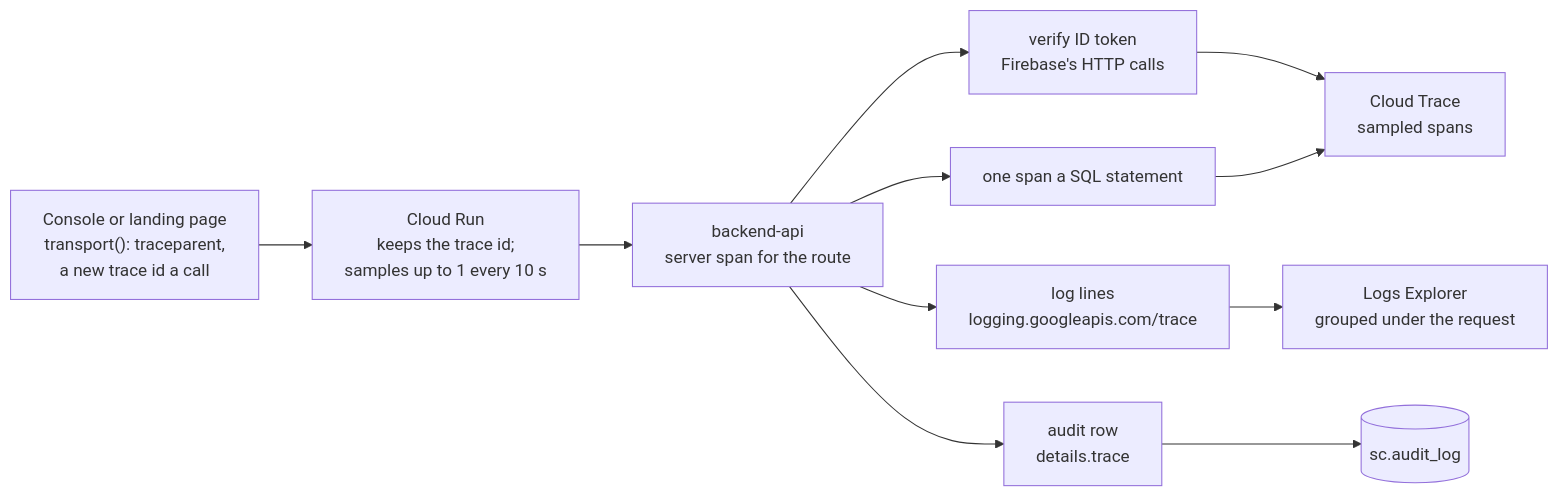
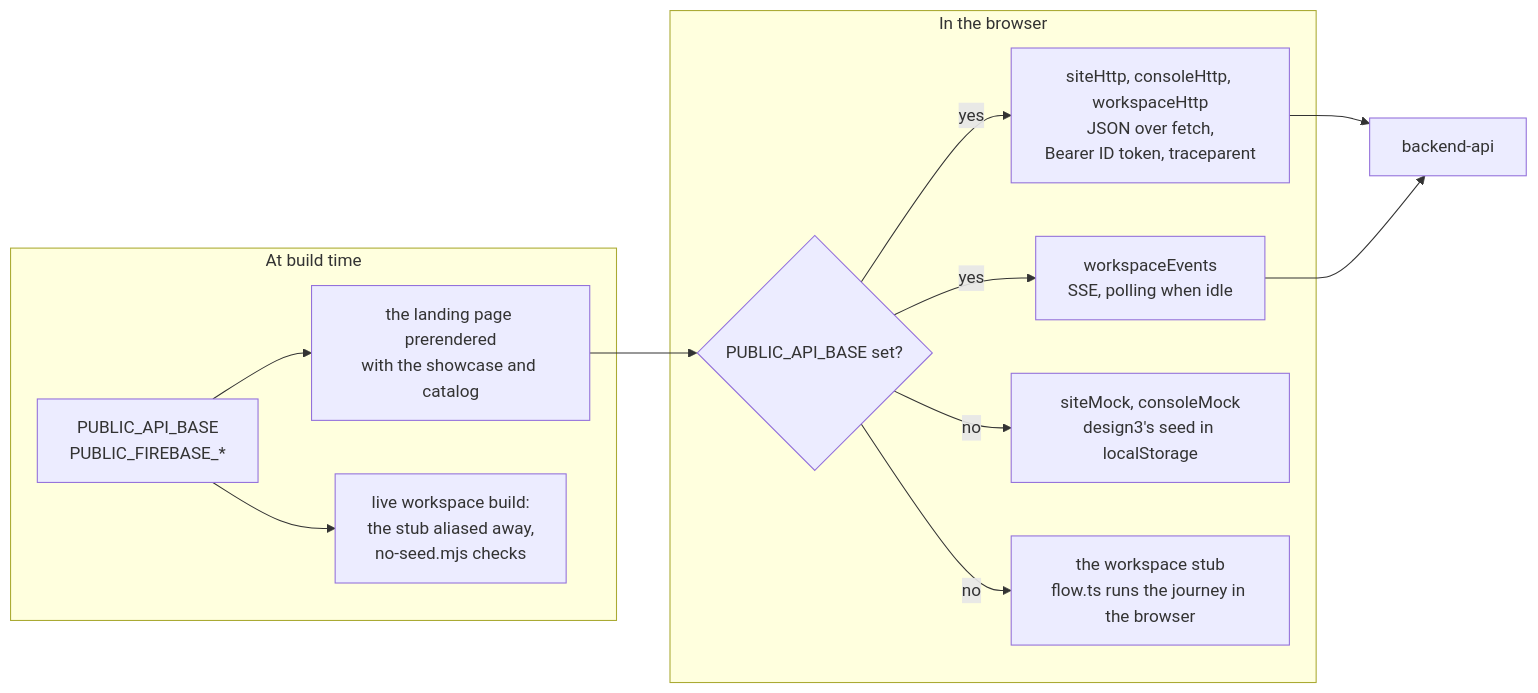
One commit to aibuilder2026/smart-clearance changed the seventh of 10 diagrams in ARCHITECTURE.md. Above: the diagram before and after it, drawn with Mermaid. The commit also changed other lines of this file and 15 other files, not shown here.

First line of the commit message:
SC-178: ARCHITECTURE.md revised in detail, with the Lucidchart diagrams

````diff
--- a/ARCHITECTURE.md
+++ b/ARCHITECTURE.md
@@ -586,13 +778,23 @@
 ```mermaid
 flowchart LR
-  c["Console or landing page<br/>transport(): traceparent,<br/>a new trace id a call"] --> cr["Cloud Run<br/>keeps the trace id;<br/>samples up to 1 every 10 s"]
-  cr --> api["backend-api<br/>server span for the route"]
-  api --> v["verify ID token<br/>Firebase's HTTP calls"]
-  api --> q["one span a SQL statement"]
-  api --> l["log lines<br/>logging.googleapis.com/trace"]
-  api --> a["audit row<br/>details.trace"]
-  v --> t["Cloud Trace<br/>sampled spans"]
-  q --> t
-  l --> lx["Logs Explorer<br/>grouped under the request"]
-  a --> pg[("sc.audit_log")]
+  subgraph build["At build time"]
+    env["PUBLIC_API_BASE<br/>PUBLIC_FIREBASE_*"]
+    pre["the landing page prerendered<br/>with the showcase and catalog"]
+    alias["live workspace build:<br/>the stub aliased away,<br/>no-seed.mjs checks"]
+  end
+  subgraph browser["In the browser"]
+    flip{"PUBLIC_API_BASE set?"}
+    http["siteHttp, consoleHttp, workspaceHttp<br/>JSON over fetch,<br/>Bearer ID token, traceparent"]
+    sse["workspaceEvents<br/>SSE, polling when idle"]
+    mock["siteMock, consoleMock<br/>design3's seed in localStorage"]
+    stub["the workspace stub<br/>flow.ts runs the journey in the browser"]
+  end
+  apiNode["backend-api"]
+  env --> pre
+  env --> alias
+  pre --> flip
+  flip -- yes --> http --> apiNode
+  flip -- yes --> sse --> apiNode
+  flip -- no --> mock
+  flip -- no --> stub
 ```
````
